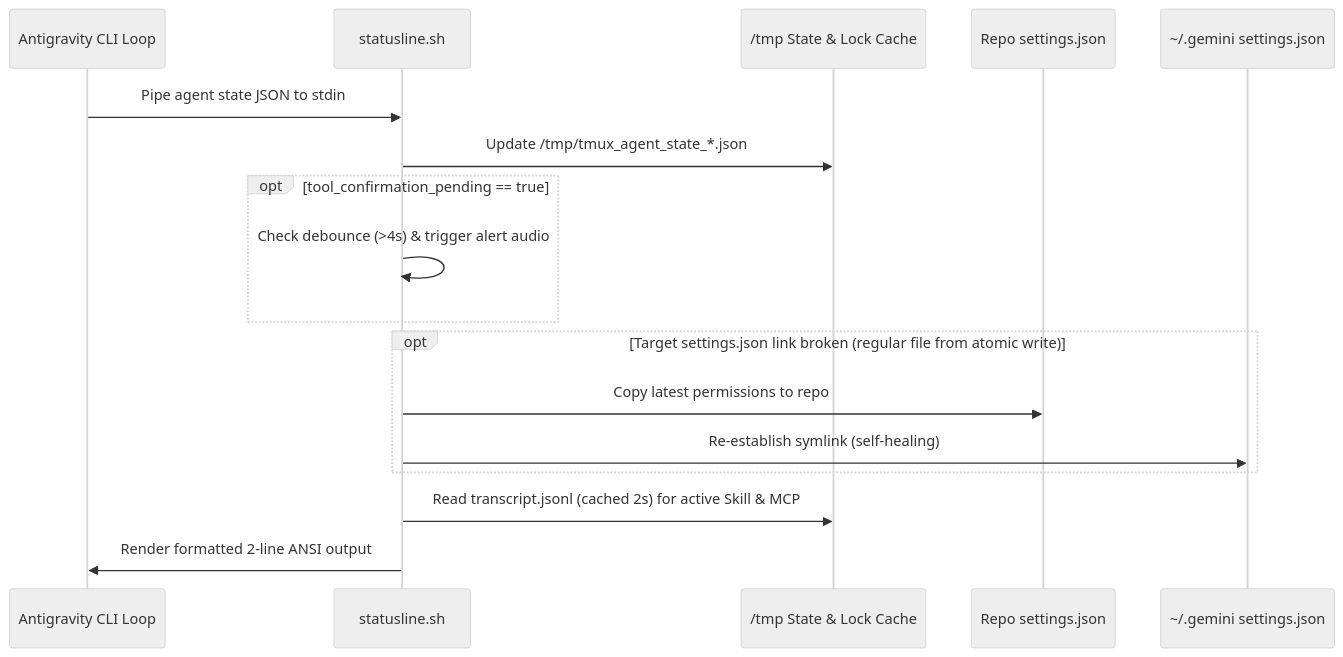
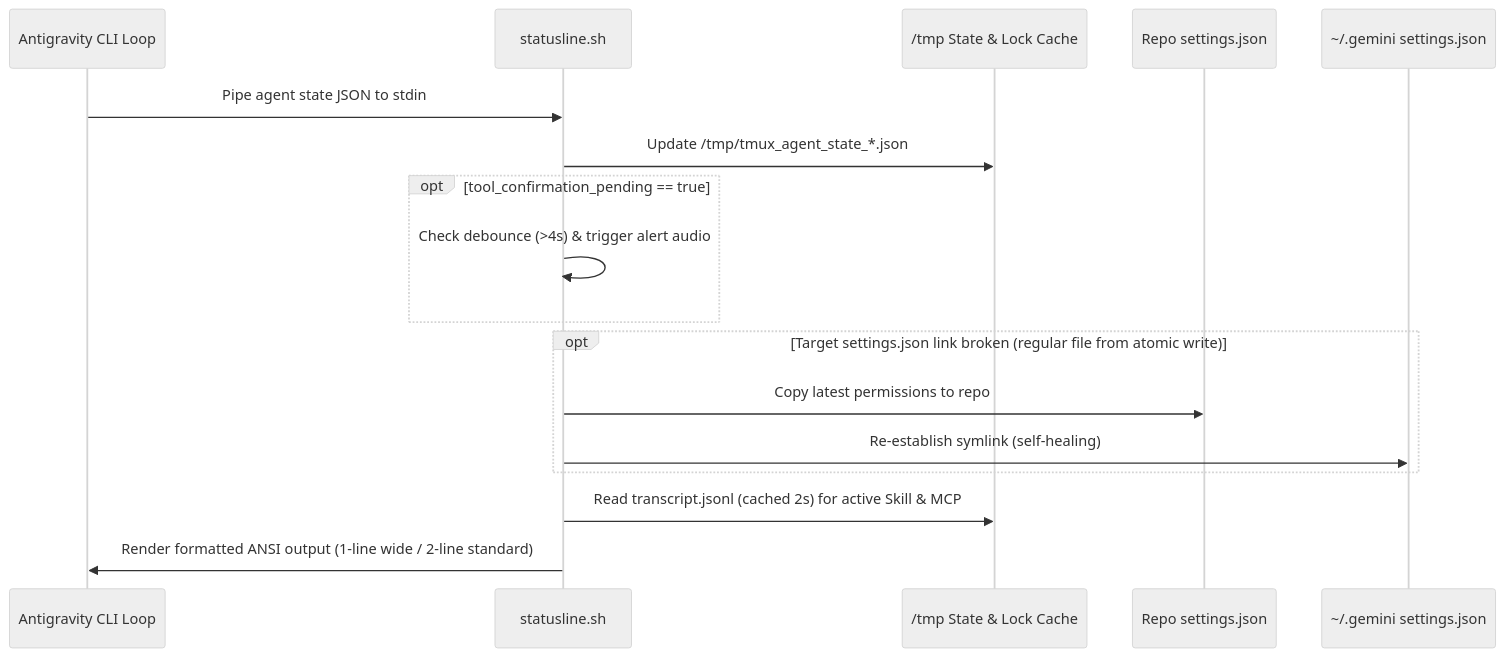
The third of 3 diagrams in ARCHITECTURE.md (KAnggara75/.gemini), drawn with Mermaid (neutral theme) before and after one commit. The commit also changed other lines of this file, not shown here.

First line of the commit message:
docs(architecture): update BeforeTool dispatching and layout flows

````diff
--- a/ARCHITECTURE.md
+++ b/ARCHITECTURE.md
@@ -97,23 +98,23 @@
 ```mermaid
 sequenceDiagram
     participant CLI as Antigravity CLI Loop
     participant SL as statusline.sh
     participant Cache as /tmp State & Lock Cache
     participant Repo as Repo settings.json
     participant Target as ~/.gemini settings.json
 
     CLI->>SL: Pipe agent state JSON to stdin
     SL->>Cache: Update /tmp/tmux_agent_state_*.json
     
     opt tool_confirmation_pending == true
         SL->>SL: Check debounce (>4s) & trigger alert audio
     end
 
     opt Target settings.json link broken (regular file from atomic write)
         SL->>Repo: Copy latest permissions to repo
         SL->>Target: Re-establish symlink (self-healing)
     end
 
     SL->>Cache: Read transcript.jsonl (cached 2s) for active Skill & MCP
-    SL->>CLI: Render formatted 2-line ANSI output
+    SL->>CLI: Render formatted ANSI output (1-line wide / 2-line standard)
 ```
````
